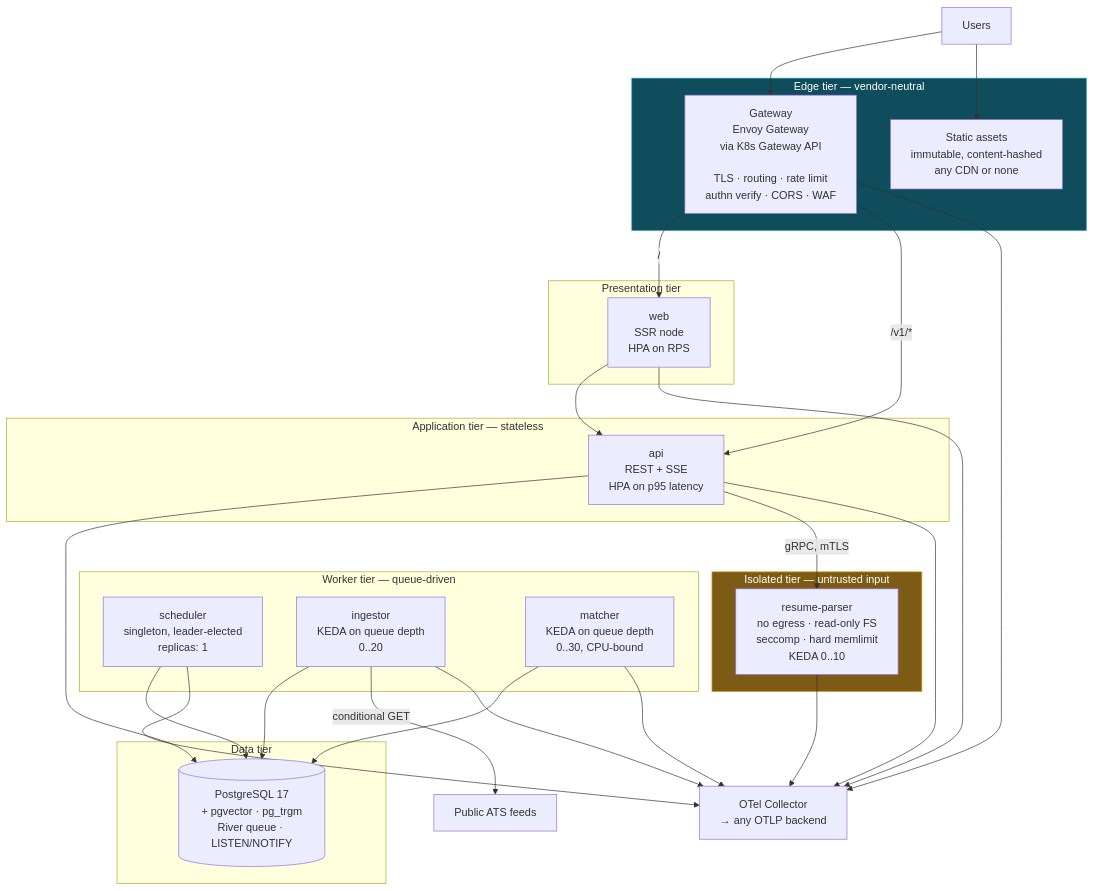
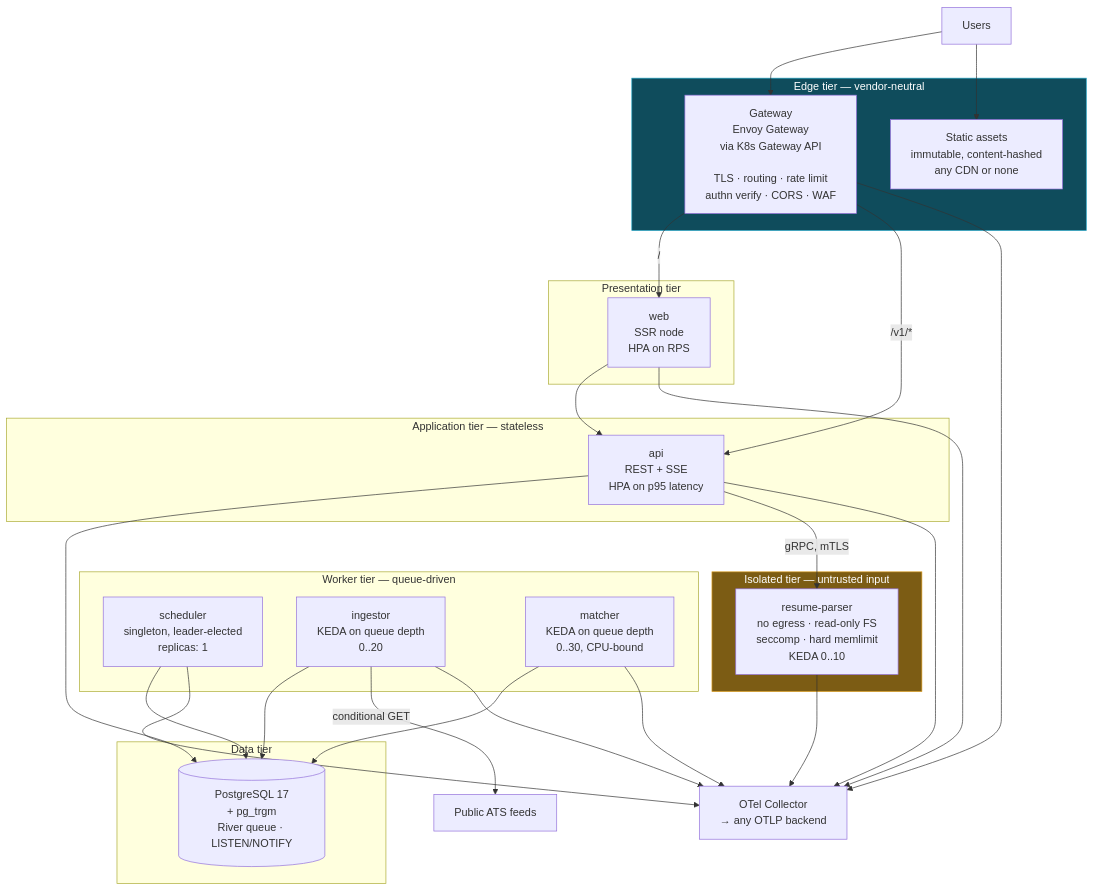
The first of 3 diagrams in docs/architecture/service-topology.md (ergodicregulus/jobtrack), drawn with Mermaid before and after one commit. The commit also changed other lines of this file and 19 other files, not shown here.

````diff
--- a/docs/architecture/service-topology.md
+++ b/docs/architecture/service-topology.md
@@ -26,53 +26,53 @@
 ```mermaid
 flowchart TB
     U["Users"]
 
     subgraph edge["Edge tier — vendor-neutral"]
         GW["Gateway<br/>Envoy Gateway<br/>via K8s Gateway API<br/><br/>TLS · routing · rate limit<br/>authn verify · CORS · WAF"]
         CDN["Static assets<br/>immutable, content-hashed<br/>any CDN or none"]
     end
 
     subgraph front["Presentation tier"]
         WEB["web<br/>SSR node<br/>HPA on RPS"]
     end
 
     subgraph appt["Application tier — stateless"]
         API["api<br/>REST + SSE<br/>HPA on p95 latency"]
     end
 
     subgraph workt["Worker tier — queue-driven"]
         SCHED["scheduler<br/>singleton, leader-elected<br/>replicas: 1"]
         ING["ingestor<br/>KEDA on queue depth<br/>0..20"]
         MAT["matcher<br/>KEDA on queue depth<br/>0..30, CPU-bound"]
     end
 
     subgraph iso["Isolated tier — untrusted input"]
         RP["resume-parser<br/>no egress · read-only FS<br/>seccomp · hard memlimit<br/>KEDA 0..10"]
     end
 
     subgraph data["Data tier"]
-        PG[("PostgreSQL 17<br/>+ pgvector · pg_trgm<br/>River queue · LISTEN/NOTIFY")]
+        PG[("PostgreSQL 17<br/>+ pg_trgm<br/>River queue · LISTEN/NOTIFY")]
     end
 
     OTEL["OTel Collector<br/>→ any OTLP backend"]
 
     U --> GW
     U --> CDN
     GW -->|"/"| WEB
     GW -->|"/v1/*"| API
     WEB --> API
 
     API --> PG
     API -->|"gRPC, mTLS"| RP
 
     SCHED --> PG
     ING --> PG
     MAT --> PG
 
     ING -->|"conditional GET"| SRC["Public ATS feeds"]
 
     GW & WEB & API & ING & MAT & SCHED & RP --> OTEL
 
     style iso fill:#7c5c14,stroke:#d99a1c,color:#fff
     style edge fill:#0f4c5c,stroke:#22a3c3,color:#fff
 ```
````
